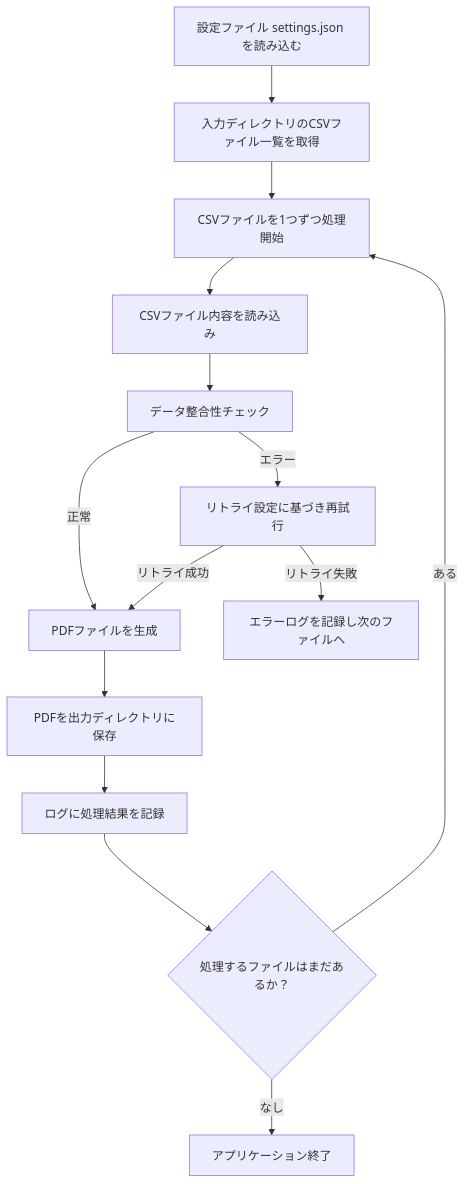
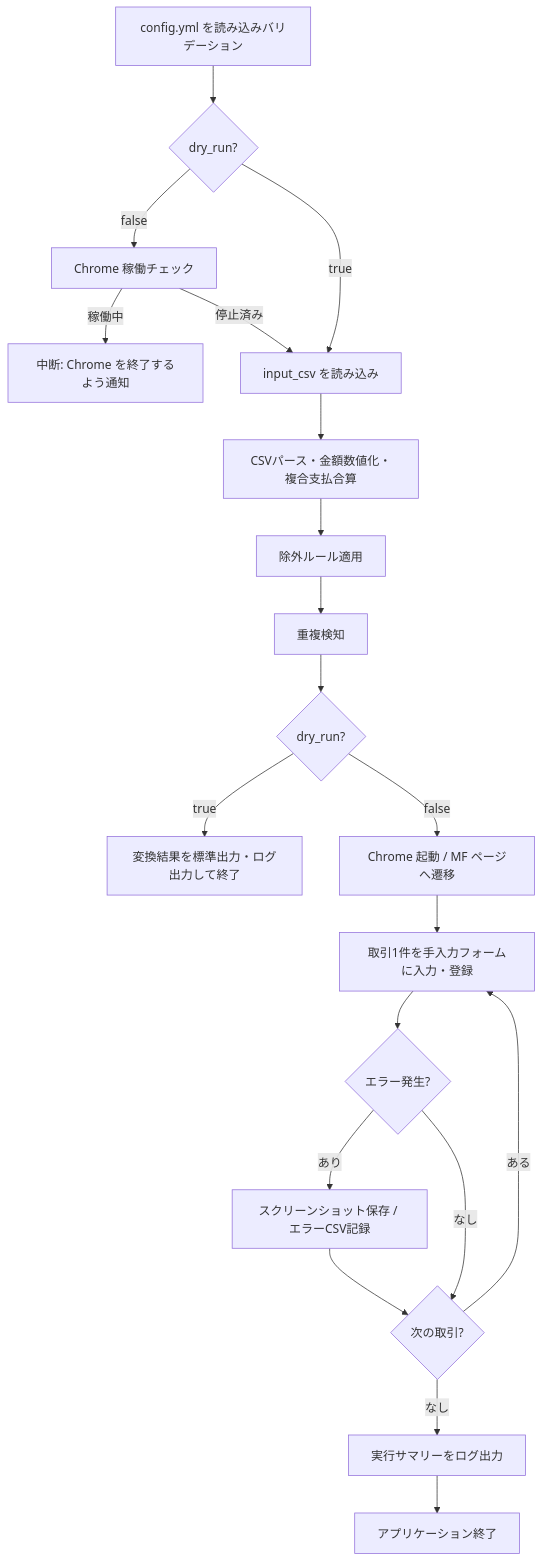
The diagram in README.md (Shinoryo/PayPay2MF), drawn with Mermaid before and after one commit. The commit also changed other lines of this file and 4 other files, not shown here.

````diff
--- a/README.md
+++ b/README.md
@@ -113,16 +170,22 @@
 ```mermaid
 flowchart TD
-    A[設定ファイル settings.json を読み込む] --> B[入力ディレクトリのCSVファイル一覧を取得]
-    B --> C[CSVファイルを1つずつ処理開始]
-    C --> D[CSVファイル内容を読み込み]
-    D --> E[データ整合性チェック]
-    E -->|正常| F[PDFファイルを生成]
-    E -->|エラー| G[リトライ設定に基づき再試行]
-    G -->|リトライ成功| F
-    G -->|リトライ失敗| H[エラーログを記録し次のファイルへ]
-    F --> I[PDFを出力ディレクトリに保存]
-    I --> J[ログに処理結果を記録]
-    J --> K{処理するファイルはまだあるか？}
-    K -->|ある| C
-    K -->|なし| L[アプリケーション終了]
+    A[config.yml を読み込みバリデーション] --> B{dry_run?}
+    B -->|false| C[Chrome 稼働チェック]
+    C -->|稼働中| D[中断: Chrome を終了するよう通知]
+    C -->|停止済み| E[input_csv を読み込み]
+    B -->|true| E
+    E --> F[CSVパース・金額数値化・複合支払合算]
+    F --> G[除外ルール適用]
+    G --> H[重複検知]
+    H --> I{dry_run?}
+    I -->|true| J[変換結果を標準出力・ログ出力して終了]
+    I -->|false| K[Chrome 起動 / MF ページへ遷移]
+    K --> L[取引1件を手入力フォームに入力・登録]
+    L --> M{エラー発生?}
+    M -->|あり| N[スクリーンショット保存 / エラーCSV記録]
+    N --> O{次の取引?}
+    M -->|なし| O
+    O -->|ある| L
+    O -->|なし| P[実行サマリーをログ出力]
+    P --> Q[アプリケーション終了]
 ```
````
